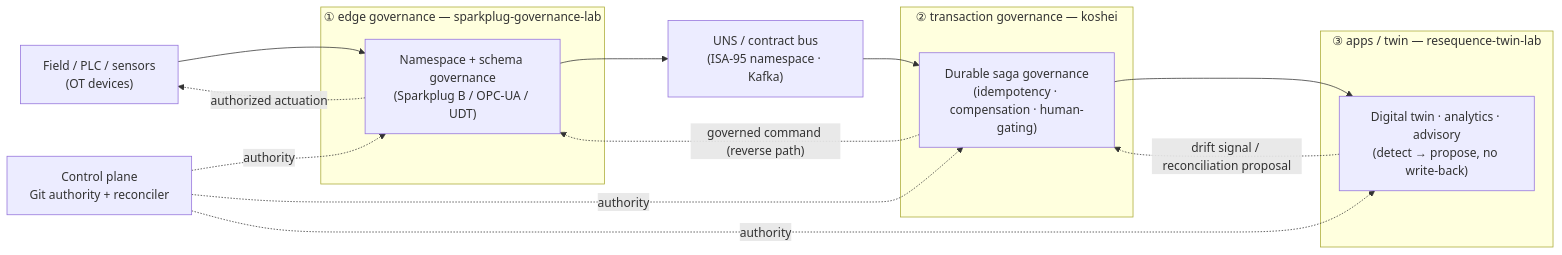
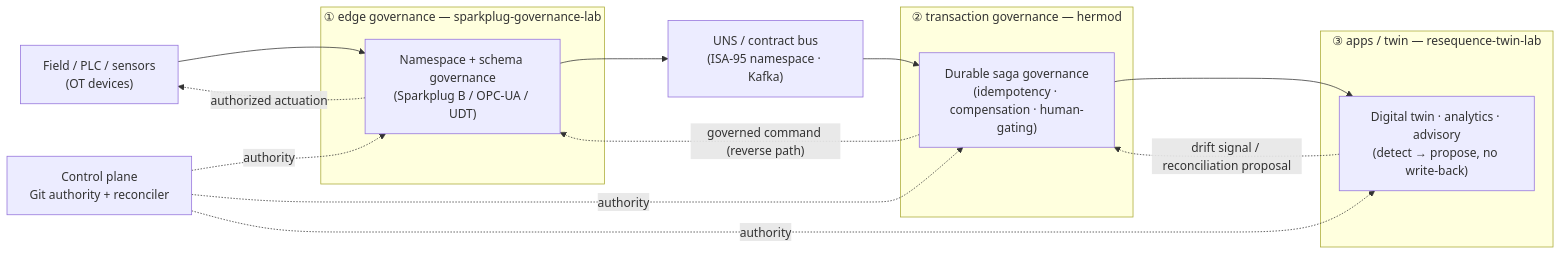
Before and after one commit to yggdrasil-iiot/hermod: the first of 2 diagrams in docs/reference-architecture.md, drawn with Mermaid. The commit also changed other lines of this file and 643 other files, not shown here.

First line of the commit message:
refactor: rename koshei to hermod across code, build, scripts and docs

````diff
--- a/docs/reference-architecture.md
+++ b/docs/reference-architecture.md
@@ -78,33 +78,33 @@
 ```mermaid
 flowchart LR
   FIELD["Field / PLC / sensors<br/>(OT devices)"]
 
   subgraph P1["① edge governance — sparkplug-governance-lab"]
     EDGE["Namespace + schema governance<br/>(Sparkplug B / OPC-UA / UDT)"]
   end
 
   BUS["UNS / contract bus<br/>(ISA-95 namespace · Kafka)"]
 
-  subgraph P2["② transaction governance — koshei"]
+  subgraph P2["② transaction governance — hermod"]
     TX["Durable saga governance<br/>(idempotency · compensation · human-gating)"]
   end
 
   subgraph P3["③ apps / twin — resequence-twin-lab"]
     APP["Digital twin · analytics · advisory<br/>(detect → propose, no write-back)"]
   end
 
   CP["Control plane<br/>Git authority + reconciler"]
 
   FIELD --> EDGE
   EDGE --> BUS
   BUS --> TX
   TX --> APP
 
   APP -. "drift signal / reconciliation proposal" .-> TX
   TX -. "governed command (reverse path)" .-> EDGE
   EDGE -. "authorized actuation" .-> FIELD
 
   CP -. authority .-> EDGE
   CP -. authority .-> TX
   CP -. authority .-> APP
 ```
````
